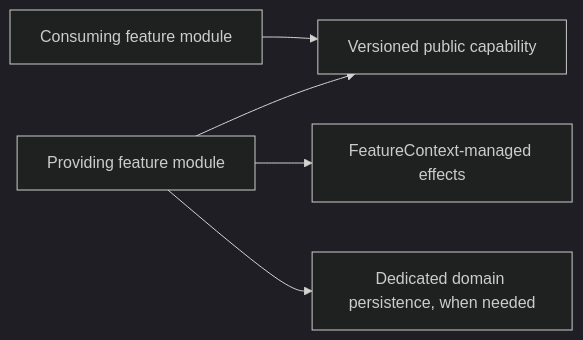
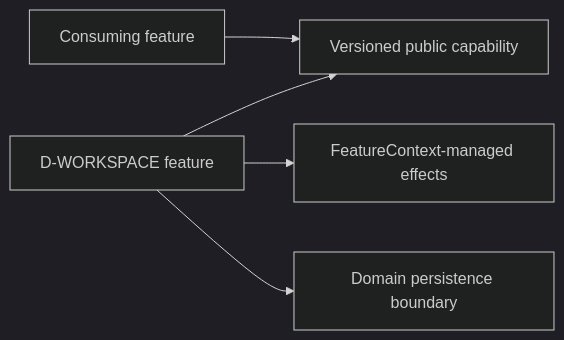
The diagram in app/services/workspace/README.md (haruperi/HaruQuantAI), drawn with Mermaid (dark theme) before and after one commit. The commit also changed other lines of this file and 19 other files, not shown here.

````diff
--- a/app/services/workspace/README.md
+++ b/app/services/workspace/README.md
@@ -103,7 +104,7 @@
 ```mermaid
 flowchart LR
-    Consumer["Consuming feature module"] --> Contract["Versioned public capability"]
-    Provider["Providing feature module"] --> Contract
+    Consumer["Consuming feature"] --> Contract["Versioned public capability"]
+    Provider["D-WORKSPACE feature"] --> Contract
     Provider --> Context["FeatureContext-managed effects"]
-    Provider --> Persistence["Dedicated domain persistence, when needed"]
+    Provider --> Persistence["Domain persistence boundary"]
 ```
````
